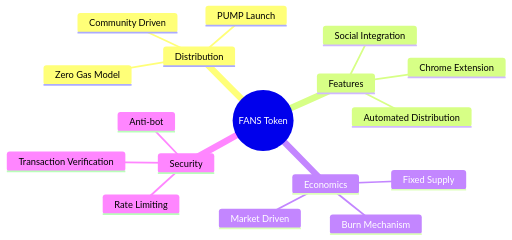
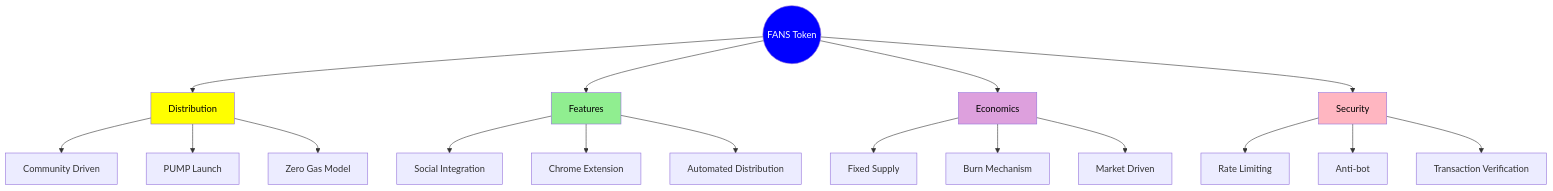
Before and after one commit to MEMEFANS/memefans: the first of 5 diagrams in docs/token-economics.md, drawn with Mermaid. The commit also changed 15 other files, not shown here.

Commit message:
docs: update Mermaid diagram formats to use HTML div format for better rendering

```diff
--- a/docs/token-economics.md
+++ b/docs/token-economics.md
@@ -5,20 +5,29 @@
 <div class="mermaid">
-mindmap
-    root((FANS Token))
-        Distribution
-            Community Driven
-            PUMP Launch
-            Zero Gas Model
-        Features
-            Social Integration
-            Chrome Extension
-            Automated Distribution
-        Economics
-            Fixed Supply
-            Burn Mechanism
-            Market Driven
-        Security
-            Rate Limiting
-            Anti-bot
-            Transaction Verification
+graph TD
+    FANS((FANS Token)) --> D[Distribution]
+    FANS --> F[Features]
+    FANS --> E[Economics]
+    FANS --> S[Security]
+    
+    D --> CD[Community Driven]
+    D --> PL[PUMP Launch]
+    D --> ZG[Zero Gas Model]
+    
+    F --> SI[Social Integration]
+    F --> CE[Chrome Extension]
+    F --> AD[Automated Distribution]
+    
+    E --> FS[Fixed Supply]
+    E --> BM[Burn Mechanism]
+    E --> MD[Market Driven]
+    
+    S --> RL[Rate Limiting]
+    S --> AB[Anti-bot]
+    S --> TV[Transaction Verification]
+    
+    style FANS fill:#0000FF,color:#FFFFFF
+    style D fill:#FFFF00,color:#000000
+    style F fill:#90EE90,color:#000000
+    style E fill:#DDA0DD,color:#000000
+    style S fill:#FFB6C1,color:#000000
 </div>
```
